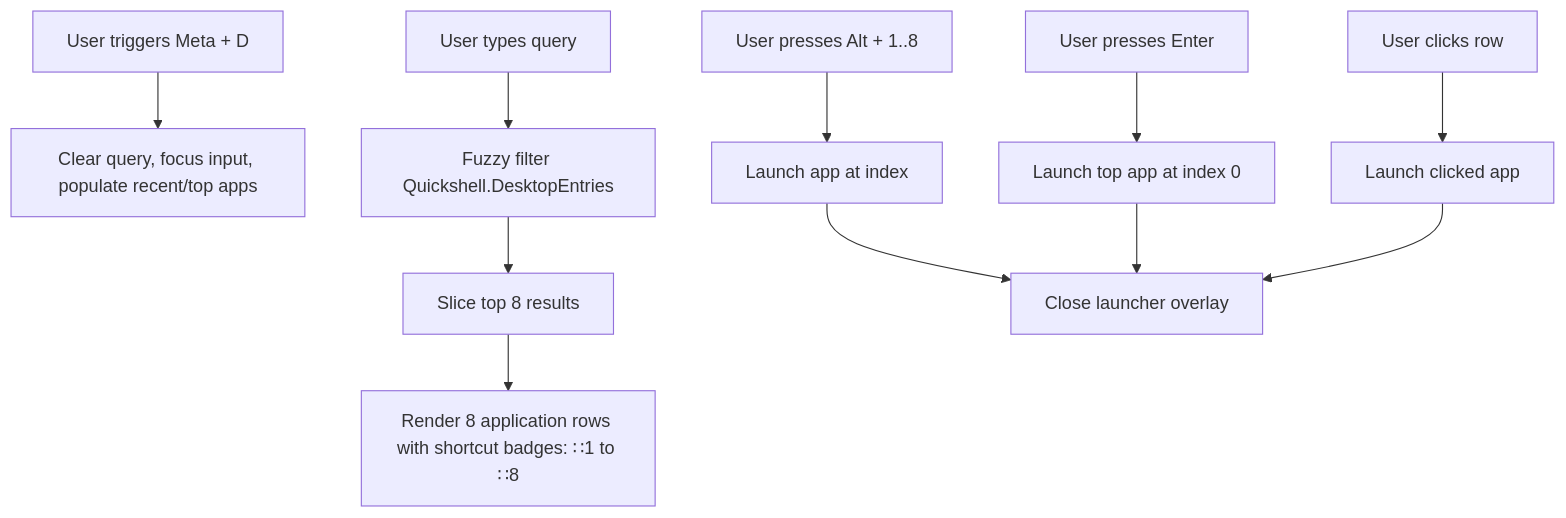
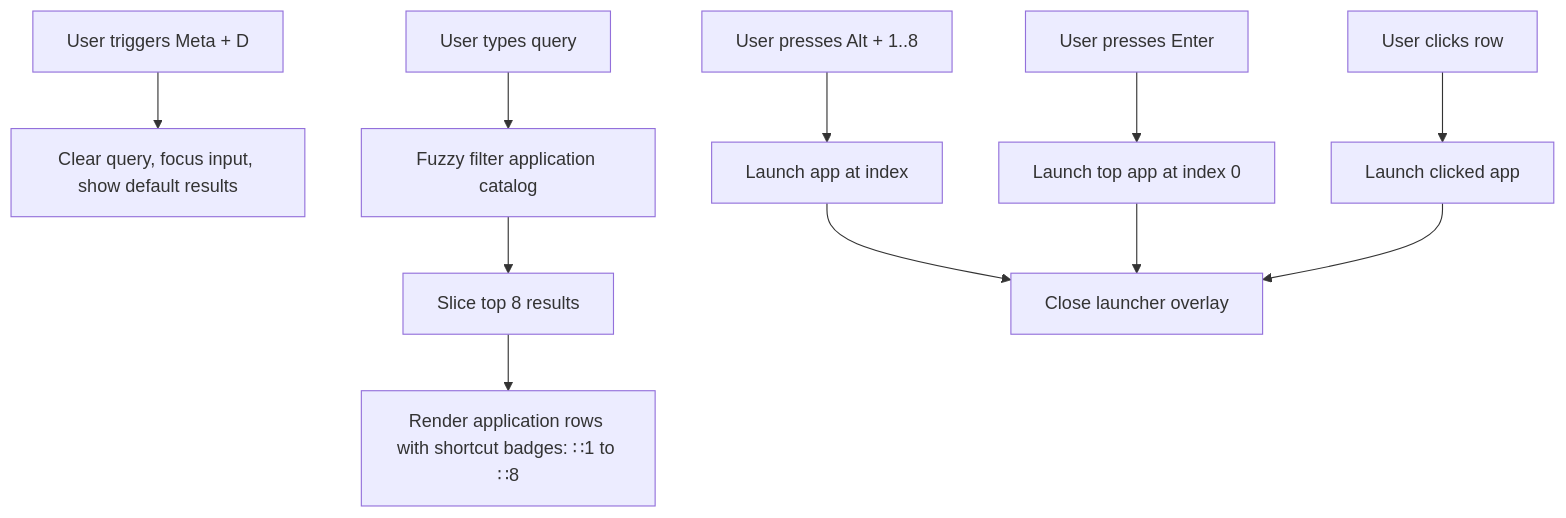
Before and after one commit to BeyondMagic/wisp: the diagram in documentation/content/feature-record/007-launcher/001-desktop-apps.md, drawn with Mermaid. The commit also changed other lines of this file and 7 other files, not shown here.

````diff
--- a/documentation/content/feature-record/007-launcher/001-desktop-apps.md
+++ b/documentation/content/feature-record/007-launcher/001-desktop-apps.md
@@ -30,15 +37,15 @@
 ```mermaid
 flowchart TD
-    Open[User triggers Meta + D] --> ResetState[Clear query, focus input, populate recent/top apps]
-    Type[User types query] --> FilterApps[Fuzzy filter Quickshell.DesktopEntries]
+    Open[User triggers Meta + D] --> ResetState[Clear query, focus input, show default results]
+    Type[User types query] --> FilterApps[Fuzzy filter application catalog]
     FilterApps --> Slice[Slice top 8 results]
-    Slice --> Display[Render 8 application rows with shortcut badges: ∷1 to ∷8]
+    Slice --> Display[Render application rows with shortcut badges: ∷1 to ∷8]
 
     KeySelect[User presses Alt + 1..8] --> LaunchIndexed[Launch app at index]
     EnterSelect[User presses Enter] --> LaunchFirst[Launch top app at index 0]
     ClickSelect[User clicks row] --> LaunchClicked[Launch clicked app]
 
     LaunchIndexed --> Close[Close launcher overlay]
     LaunchFirst --> Close
     LaunchClicked --> Close
 ```
````
